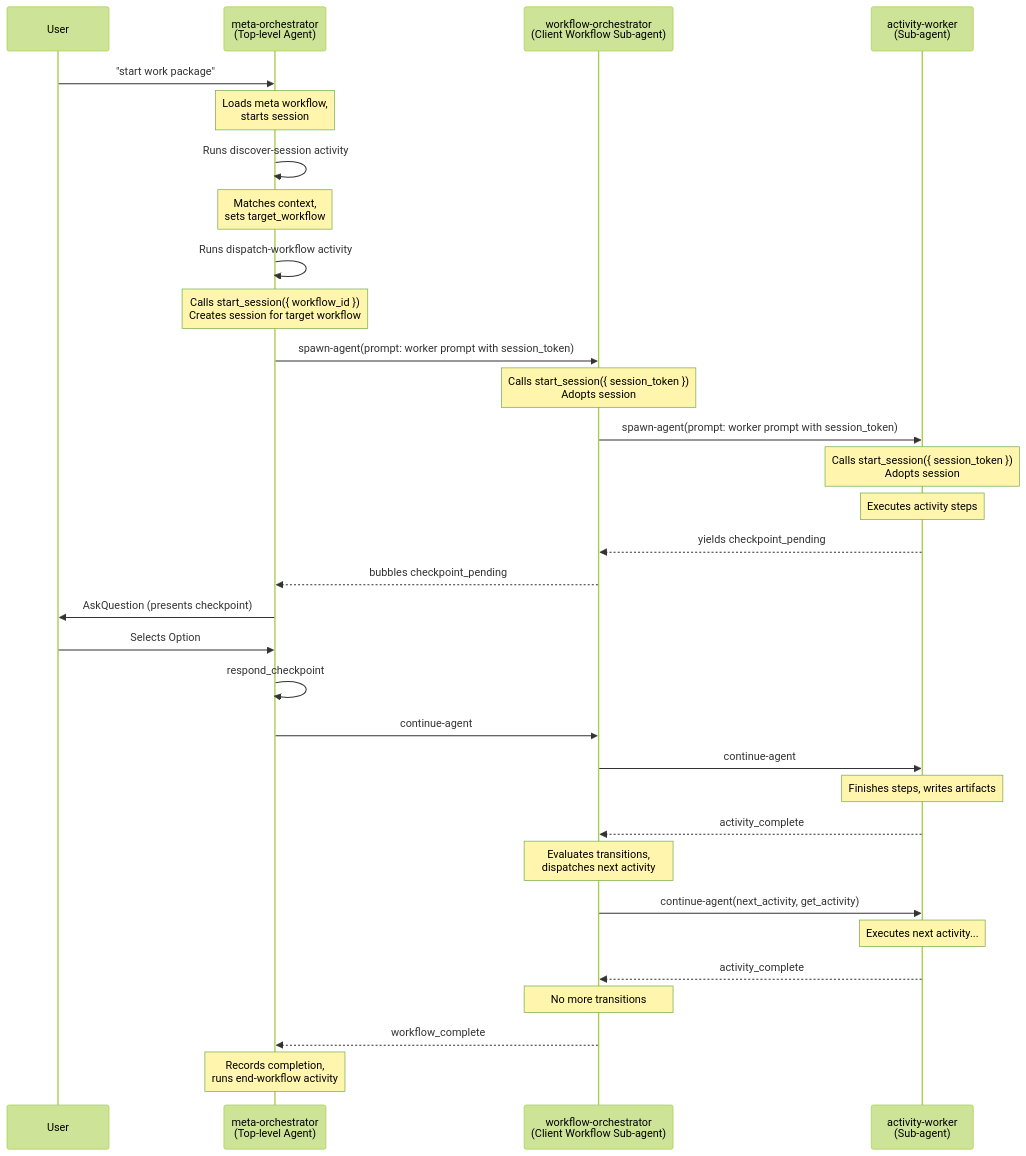
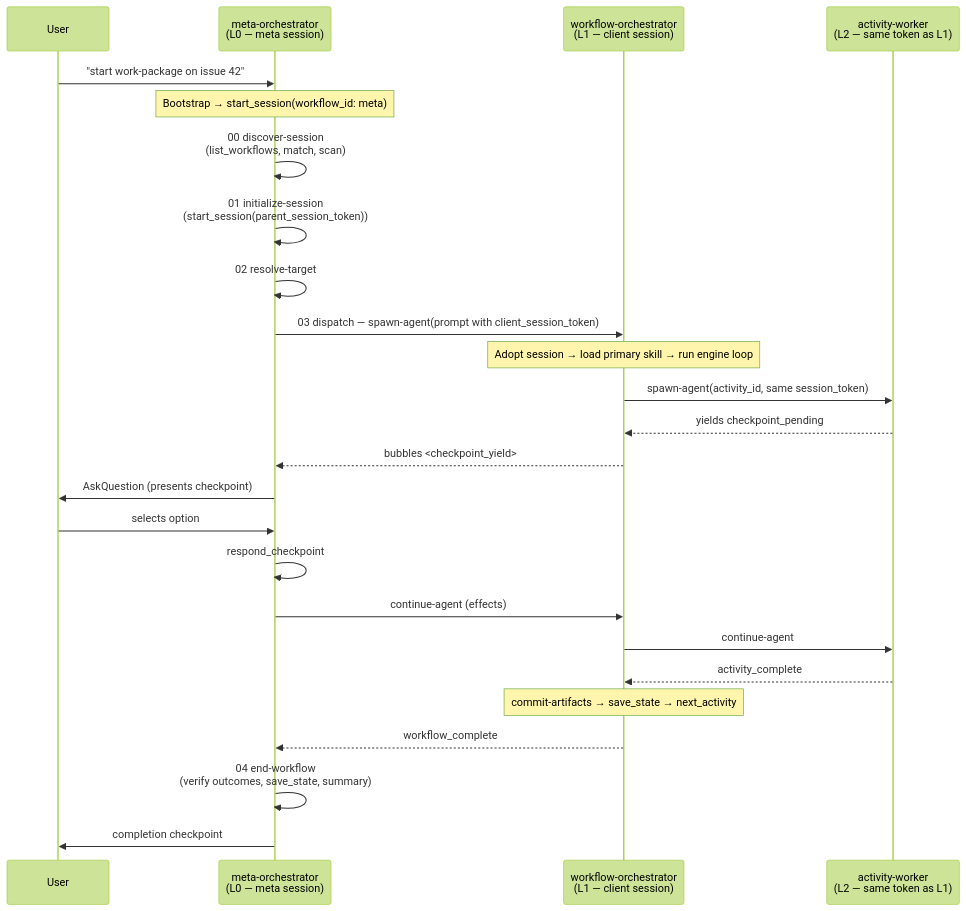
Before and after one commit to m2ux/workflow-server: the second of 2 diagrams in meta/README.md, drawn with Mermaid (forest theme). The commit also changed other lines of this file and 42 other files, not shown here.

First line of the commit message:
refactor(meta): migrate orchestration prose to formal activity structure

````diff
--- a/meta/README.md
+++ b/meta/README.md
@@ -18,45 +52,31 @@
 ```mermaid
 sequenceDiagram
     participant User
-    participant Meta as meta-orchestrator<br/>(Top-level Agent)
-    participant Client as workflow-orchestrator<br/>(Client Workflow Sub-agent)
-    participant Worker as activity-worker<br/>(Sub-agent)
+    participant Meta as meta-orchestrator<br/>(L0 — meta session)
+    participant Client as workflow-orchestrator<br/>(L1 — client session)
+    participant Worker as activity-worker<br/>(L2 — same token as L1)
 
-    User->>Meta: "start work package"
-    Note over Meta: Loads meta workflow,<br/>starts session
-    Meta->>Meta: Runs discover-session activity
-    Note over Meta: Matches context,<br/>sets target_workflow
-    Meta->>Meta: Runs dispatch-workflow activity
+    User->>Meta: "start work-package on issue 42"
+    Note over Meta: Bootstrap → start_session(workflow_id: meta)
+    Meta->>Meta: 00 discover-session<br/>(list_workflows, match, scan)
+    Meta->>Meta: 01 initialize-session<br/>(start_session(parent_session_token))
+    Meta->>Meta: 02 resolve-target
 
-    Note over Meta: Calls start_session({ workflow_id })<br/>Creates session for target workflow
-    Meta->>Client: spawn-agent(prompt: worker prompt with session_token)
+    Meta->>Client: 03 dispatch — spawn-agent(prompt with client_session_token)
+    Note over Client: Adopt session → load primary skill → run engine loop
 
-    Note over Client: Calls start_session({ session_token })<br/>Adopts session
-    
-    Client->>Worker: spawn-agent(prompt: worker prompt with session_token)
-    Note over Worker: Calls start_session({ session_token })<br/>Adopts session
-    
-    Note over Worker: Executes activity steps
+    Client->>Worker: spawn-agent(activity_id, same session_token)
+    Worker-->>Client: yields checkpoint_pending
+    Client-->>Meta: bubbles <checkpoint_yield>
+    Meta->>User: AskQuestion (presents checkpoint)
+    User->>Meta: selects option
+    Meta->>Meta: respond_checkpoint
+    Meta->>Client: continue-agent (effects)
+    Client->>Worker: continue-agent
 
-    Worker-->>Client: yields checkpoint_pending
-    Client-->>Meta: bubbles checkpoint_pending
-    Meta->>User: AskQuestion (presents checkpoint)
-    User->>Meta: Selects Option
-    Meta->>Meta: respond_checkpoint
-    
-    Meta->>Client: continue-agent
-    Client->>Worker: continue-agent
-    
-    Note over Worker: Finishes steps, writes artifacts
     Worker-->>Client: activity_complete
-
-    Note over Client: Evaluates transitions,<br/>dispatches next activity
-    
-    Client->>Worker: continue-agent(next_activity, get_activity)
-    Note over Worker: Executes next activity...
-    Worker-->>Client: activity_complete
-    
-    Note over Client: No more transitions
+    Note over Client: commit-artifacts → save_state → next_activity
     Client-->>Meta: workflow_complete
-    Note over Meta: Records completion,<br/>runs end-workflow activity
+    Meta->>Meta: 04 end-workflow<br/>(verify outcomes, save_state, summary)
+    Meta->>User: completion checkpoint
 ```
````
